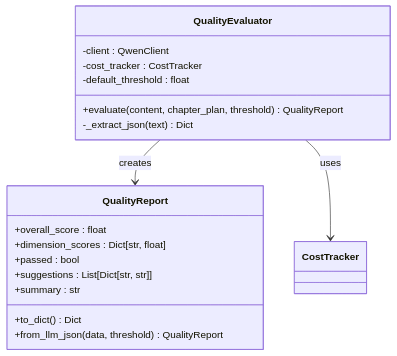
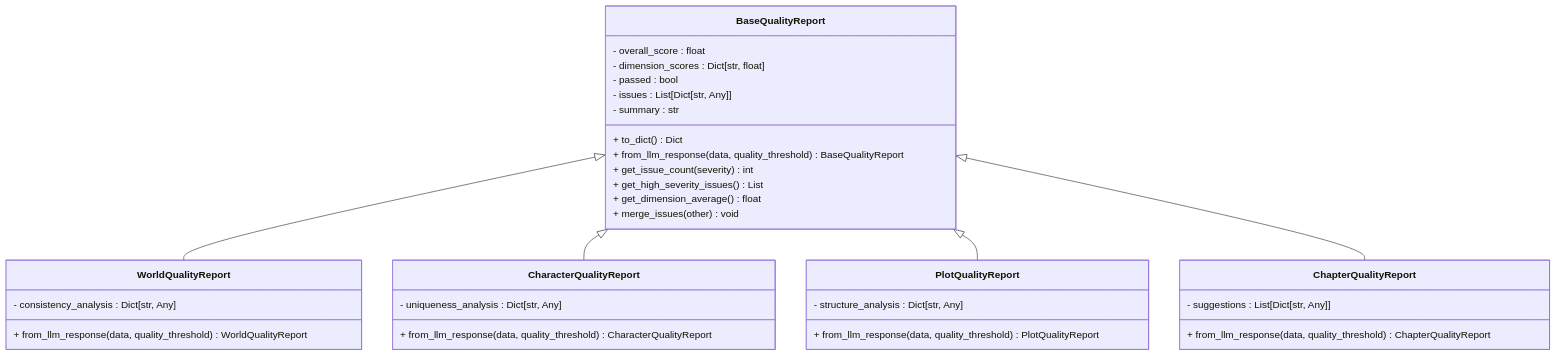
Before and after one commit to xfbyxq/ai-novel-system: the third of 17 diagrams in .qoder/repowiki/zh/content/AI智能体系统/质量保证系统.md, drawn with Mermaid. The commit also changed other lines of this file and 10 other files, not shown here.

````diff
--- a/.qoder/repowiki/zh/content/AI智能体系统/质量保证系统.md
+++ b/.qoder/repowiki/zh/content/AI智能体系统/质量保证系统.md
@@ -131,21 +177,36 @@
 ```mermaid
 classDiagram
-class QualityEvaluator {
--client : QwenClient
--cost_tracker : CostTracker
--default_threshold : float
-+evaluate(content, chapter_plan, threshold) QualityReport
--_extract_json(text) Dict
+class BaseQualityReport {
+- overall_score : float
+- dimension_scores : Dict[str, float]
+- passed : bool
+- issues : List[Dict[str, Any]]
+- summary : str
++ to_dict() Dict
++ from_llm_response(data, quality_threshold) BaseQualityReport
++ get_issue_count(severity) int
++ get_high_severity_issues() List
++ get_dimension_average() float
++ merge_issues(other) void
 }
-class QualityReport {
-+overall_score : float
-+dimension_scores : Dict[str, float]
-+passed : bool
-+suggestions : List[Dict[str, str]]
-+summary : str
-+to_dict() Dict
-+from_llm_json(data, threshold) QualityReport
+class WorldQualityReport {
+- consistency_analysis : Dict[str, Any]
++ from_llm_response(data, quality_threshold) WorldQualityReport
 }
-QualityEvaluator --> QualityReport : creates
-QualityEvaluator --> CostTracker : uses
+class CharacterQualityReport {
+- uniqueness_analysis : Dict[str, Any]
++ from_llm_response(data, quality_threshold) CharacterQualityReport
+}
+class PlotQualityReport {
+- structure_analysis : Dict[str, Any]
++ from_llm_response(data, quality_threshold) PlotQualityReport
+}
+class ChapterQualityReport {
+- suggestions : List[Dict[str, Any]]
++ from_llm_response(data, quality_threshold) ChapterQualityReport
+}
+BaseQualityReport <|-- WorldQualityReport
+BaseQualityReport <|-- CharacterQualityReport
+BaseQualityReport <|-- PlotQualityReport
+BaseQualityReport <|-- ChapterQualityReport
 ```
````
